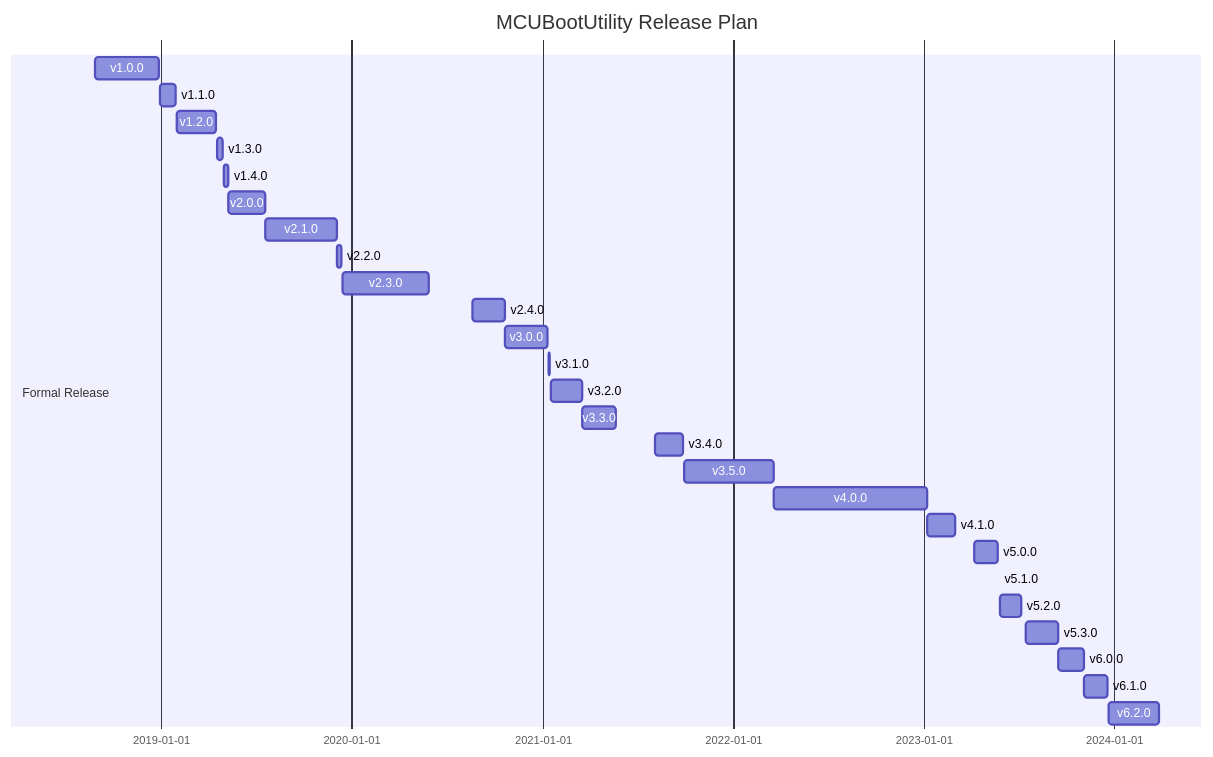
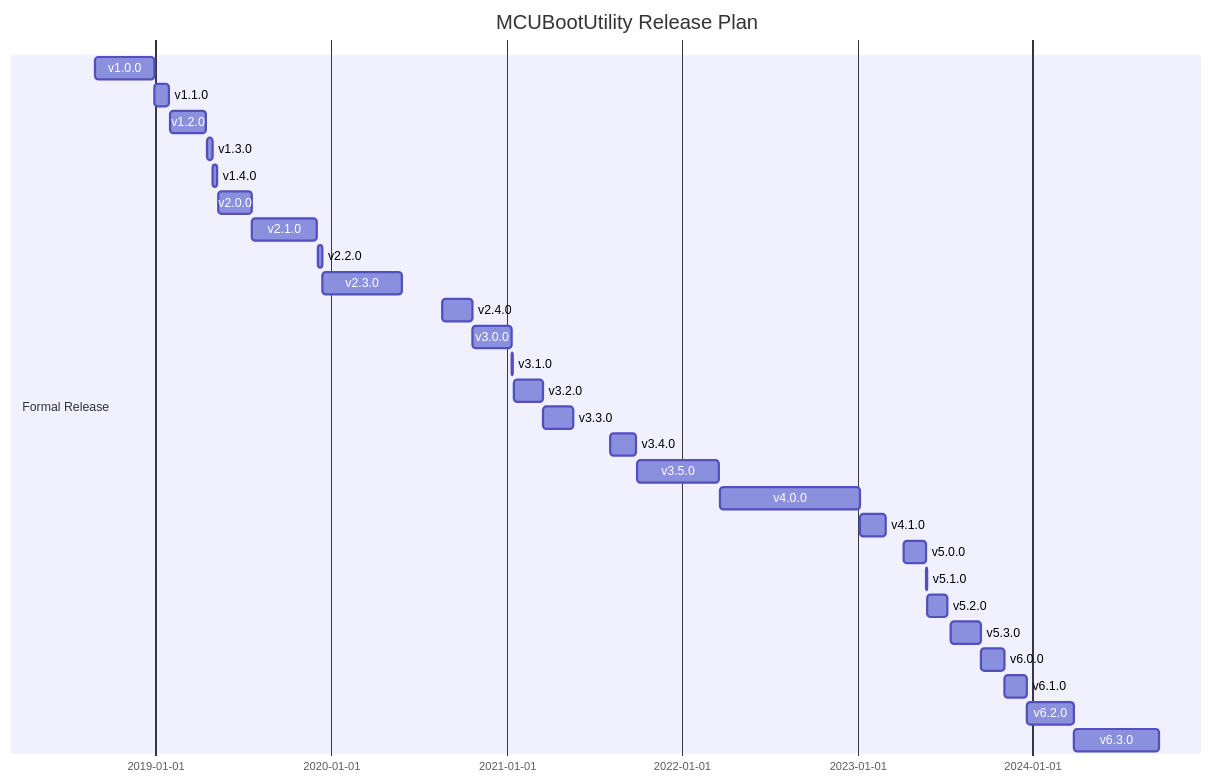
The diagram in README-zh.md (JayHeng/NXP-MCUBootUtility), drawn with Mermaid before and after one commit. The commit also changed other lines of this file and 45 other files, not shown here.

````diff
--- a/README-zh.md
+++ b/README-zh.md
@@ -1,31 +1,32 @@
 ``` mermaid
 gantt
     title MCUBootUtility Release Plan
     dateFormat  YYYY-MM-DD
     section Formal Release
     v1.0.0           :a1, 2018-08-27, 2018-12-28
     v1.1.0           :a2, 2018-12-29, 2019-01-29
     v1.2.0           :a3, 2019-01-30, 2019-04-16
     v1.3.0           :a4, 2019-04-17, 2019-04-29
     v1.4.0           :a5, 2019-04-30, 2019-05-09
     v2.0.0           :a6, 2019-05-10, 2019-07-19
     v2.1.0           :a7, 2019-07-20, 2019-12-03
     v2.2.0           :a8, 2019-12-04, 2019-12-13
     v2.3.0           :a9, 2019-12-14, 2020-05-28
     v2.4.0           :a10, 2020-08-20, 2020-10-20
     v3.0.0           :a11, 2020-10-21, 2021-01-10
     v3.1.0           :a12, 2021-01-11, 2021-01-13
     v3.2.0           :a13, 2021-01-16, 2021-03-17
     v3.3.0           :a14, 2021-03-18, 2021-05-20
     v3.4.0           :a15, 2021-08-03, 2021-09-27
     v3.5.0           :a16, 2021-09-28, 2022-03-19
     v4.0.0           :a17, 2022-03-20, 2023-01-06
     v4.1.0           :a18, 2023-01-07, 2023-03-02
     v5.0.0           :a19, 2023-04-07, 2023-05-23
     v5.1.0           :a20, 2023-05-24, 2023-05-25
     v5.2.0           :a21, 2023-05-26, 2023-07-07
     v5.3.0           :a22, 2023-07-15, 2023-09-14
     v6.0.0           :a23, 2023-09-15, 2023-11-03
     v6.1.0           :a24, 2023-11-04, 2023-12-19
-    v6.2.0           :a24, 2023-12-20, 2024-03-26
+    v6.2.0           :a25, 2023-12-20, 2024-03-26
+    v6.3.0           :a26, 2024-03-27, 2024-09-20
 ```
````
